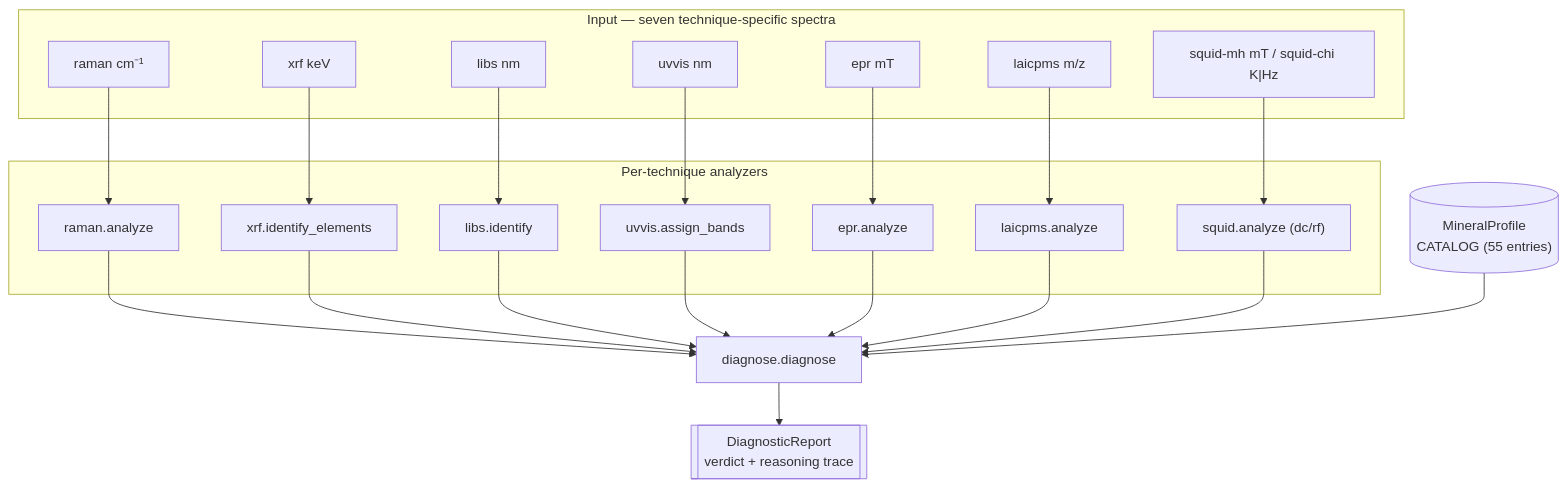
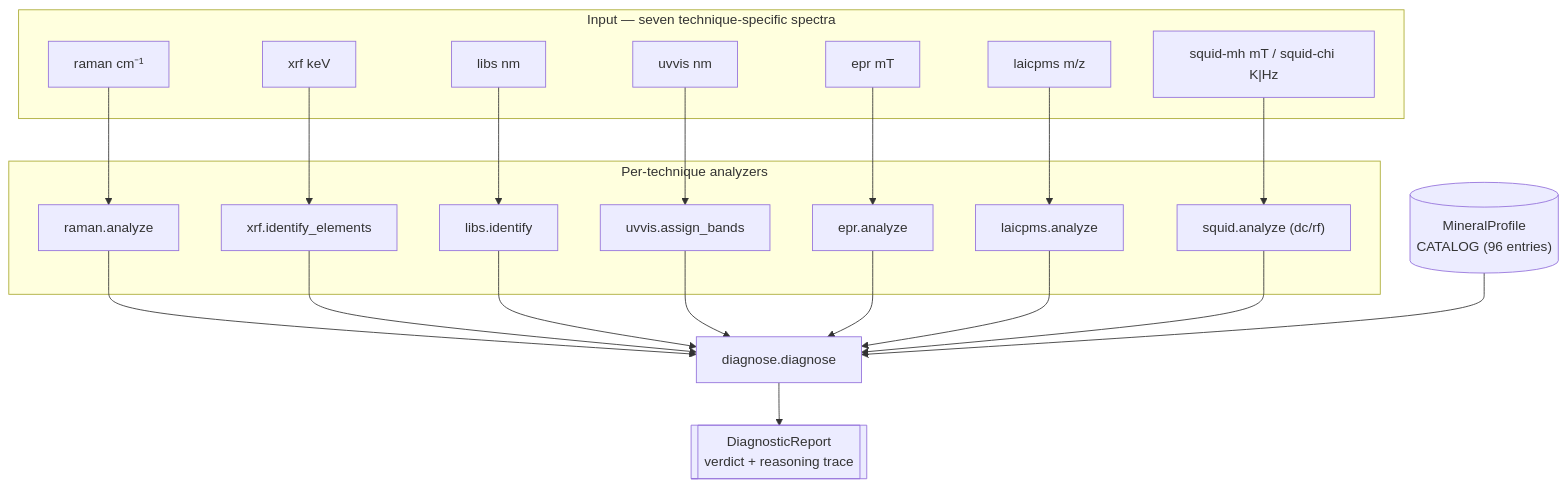
The first of 3 diagrams in docs/architecture.md (sonoransun/checkmsg), drawn with Mermaid before and after one commit. The commit also changed other lines of this file and 63 other files, not shown here.

````diff
--- a/docs/architecture.md
+++ b/docs/architecture.md
@@ -7,40 +7,40 @@
 ```mermaid
 flowchart TB
     subgraph Input["Input — seven technique-specific spectra"]
         S1["raman cm⁻¹"]
         S2["xrf keV"]
         S3["libs nm"]
         S4["uvvis nm"]
         S5["epr mT"]
         S6["laicpms m/z"]
         S7["squid-mh mT / squid-chi K|Hz"]
     end
     subgraph Analyzers["Per-technique analyzers"]
         A1["raman.analyze"]
         A2["xrf.identify_elements"]
         A3["libs.identify"]
         A4["uvvis.assign_bands"]
         A5["epr.analyze"]
         A6["laicpms.analyze"]
         A7["squid.analyze (dc/rf)"]
     end
-    Catalog[("MineralProfile<br/>CATALOG (55 entries)")]
+    Catalog[("MineralProfile<br/>CATALOG (96 entries)")]
     Diagnose["diagnose.diagnose"]
     Report[["DiagnosticReport<br/>verdict + reasoning trace"]]
     S1 --> A1
     S2 --> A2
     S3 --> A3
     S4 --> A4
     S5 --> A5
     S6 --> A6
     S7 --> A7
     A1 --> Diagnose
     A2 --> Diagnose
     A3 --> Diagnose
     A4 --> Diagnose
     A5 --> Diagnose
     A6 --> Diagnose
     A7 --> Diagnose
     Catalog --> Diagnose
     Diagnose --> Report
 ```
````
